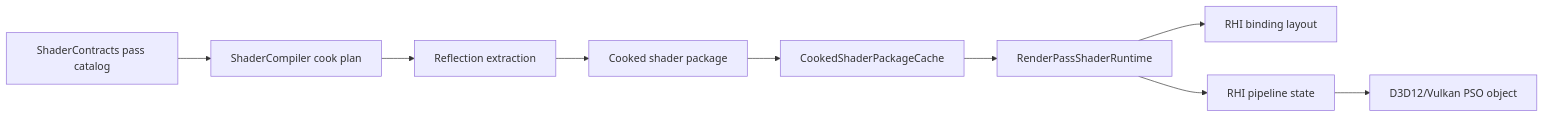
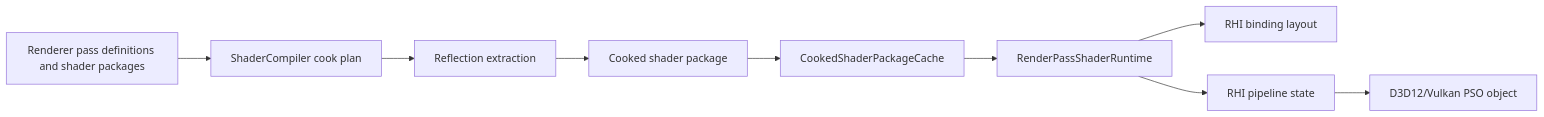
The fourth of 5 diagrams in docs/architecture/rendering-system-map.md (stoleckipawel/SparkleEngine), drawn with Mermaid before and after one commit. The commit also changed other lines of this file and 40 other files, not shown here.

````diff
--- a/docs/architecture/rendering-system-map.md
+++ b/docs/architecture/rendering-system-map.md
@@ -214,21 +214,21 @@
 ```mermaid
 flowchart LR
-    Reg[ShaderContracts pass catalog]
+    Reg[Renderer pass definitions and shader packages]
     Cook[ShaderCompiler cook plan]
     Reflect[Reflection extraction]
     Package[Cooked shader package]
     Cache[CookedShaderPackageCache]
     Runtime[RenderPassShaderRuntime]
     Layout[RHI binding layout]
     PSO[RHI pipeline state]
     Backend[D3D12/Vulkan PSO object]
 
     Reg --> Cook
     Cook --> Reflect
     Reflect --> Package
     Package --> Cache
     Cache --> Runtime
     Runtime --> Layout
     Runtime --> PSO
     PSO --> Backend
 ```
````
